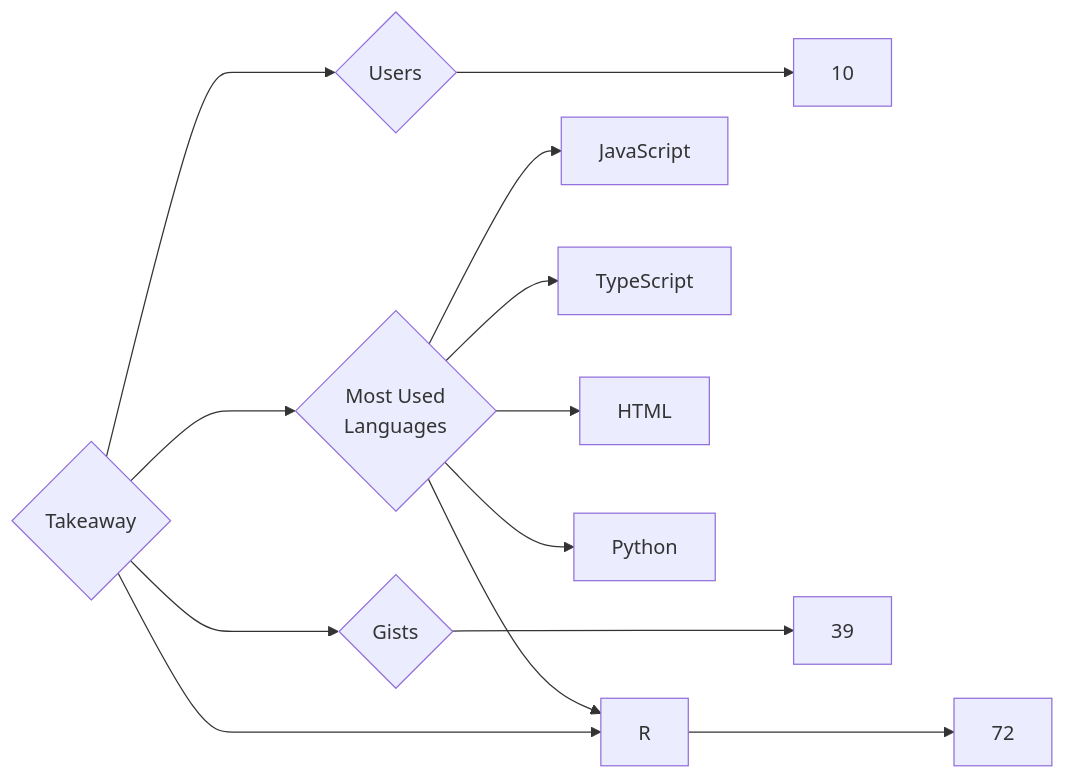
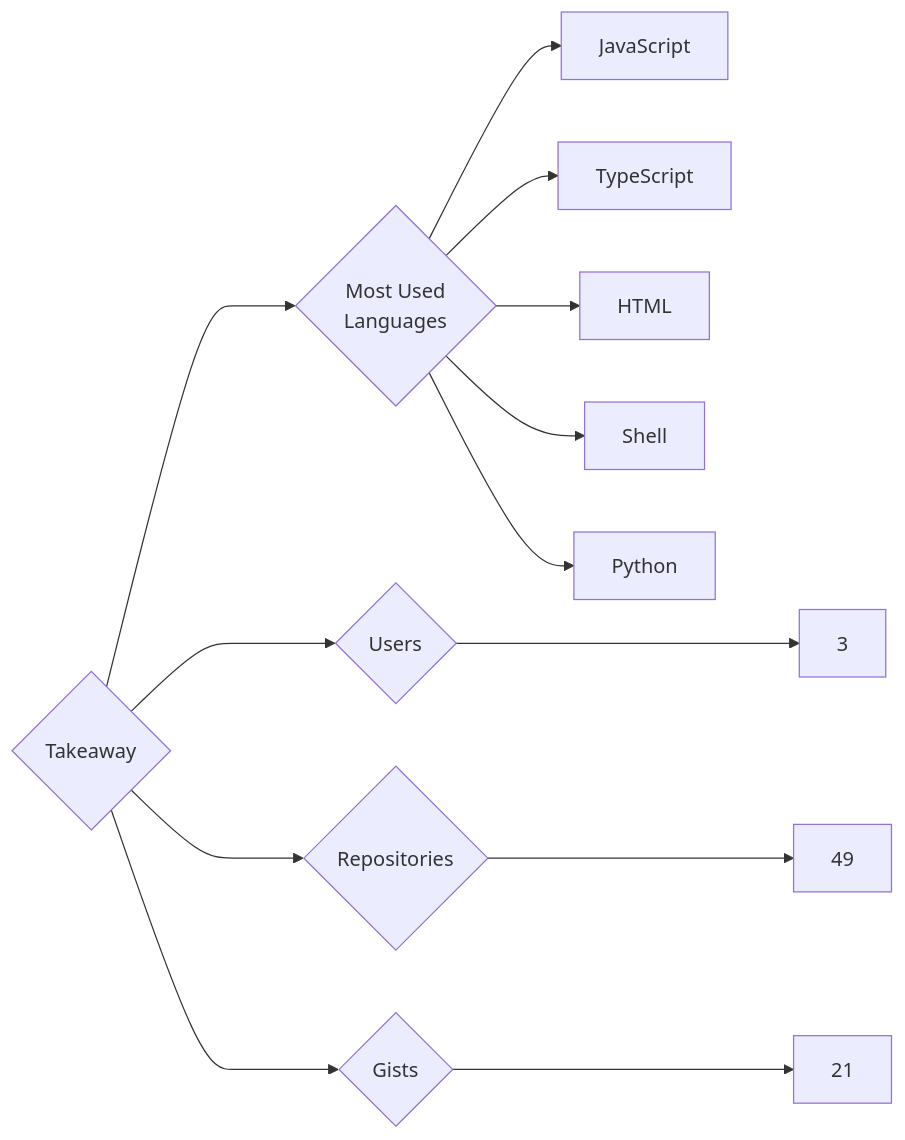
The diagram in targets/Takeaway/README.md (trickest/insiders), drawn with Mermaid before and after one commit. The commit also changed 860 other files, not shown here.

````diff
--- a/targets/Takeaway/README.md
+++ b/targets/Takeaway/README.md
@@ -3,13 +3,13 @@
 ```mermaid
 graph LR
 COMPANY_NAME{Takeaway}
-COMPANY_NAME ---> U{Users} ---> UN[10]
-COMPANY_NAME ---> R{Repositories} ---> RN[72]
-COMPANY_NAME ---> G{Gists} ---> GN[39]
+COMPANY_NAME ---> U{Users} ---> UN[3]
+COMPANY_NAME ---> R{Repositories} ---> RN[49]
+COMPANY_NAME ---> G{Gists} ---> GN[21]
 COMPANY_NAME ---> ML{Most Used<br>Languages}
 ML --> JavaScript[JavaScript]
 ML --> TypeScript[TypeScript]
 ML --> HTML[HTML]
+ML --> Shell[Shell]
 ML --> Python[Python]
-ML --> R[R]
 ```
````
